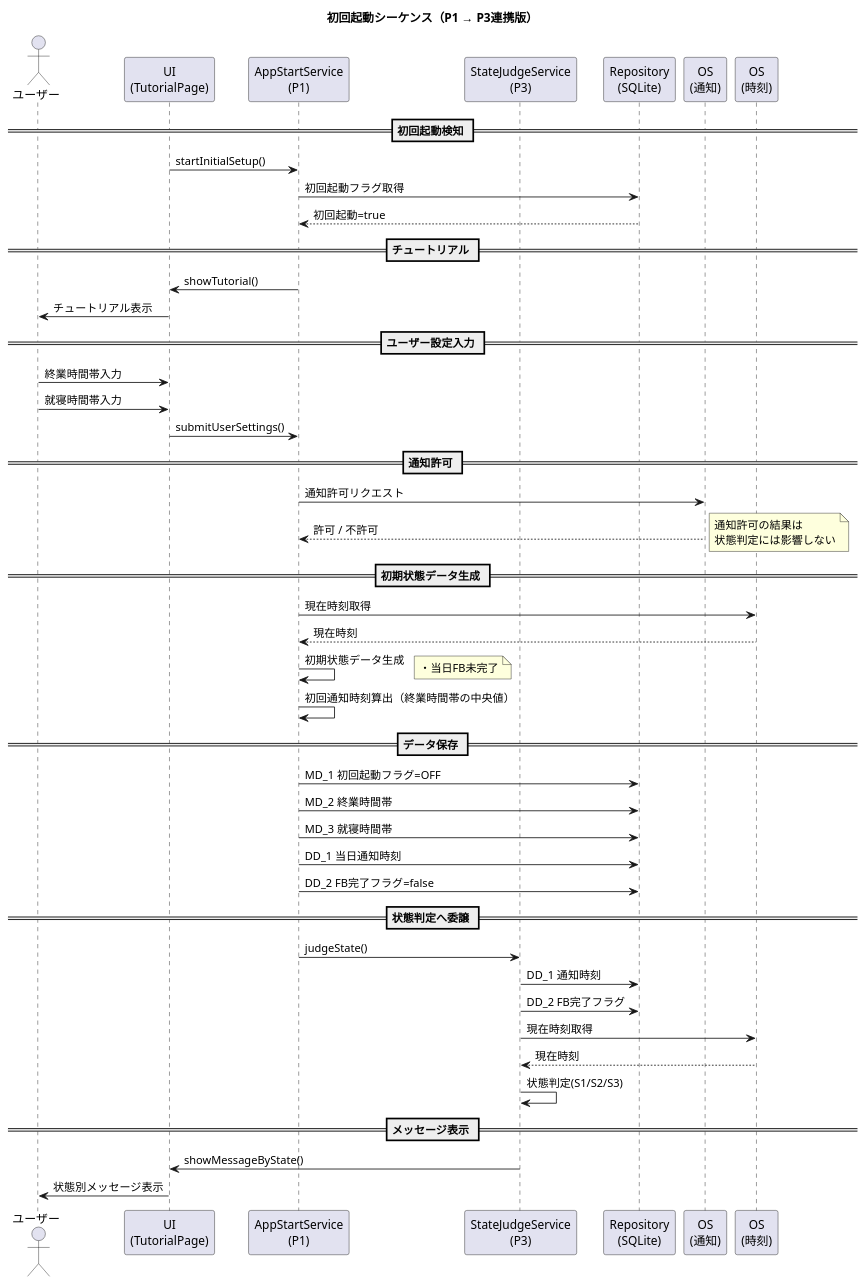
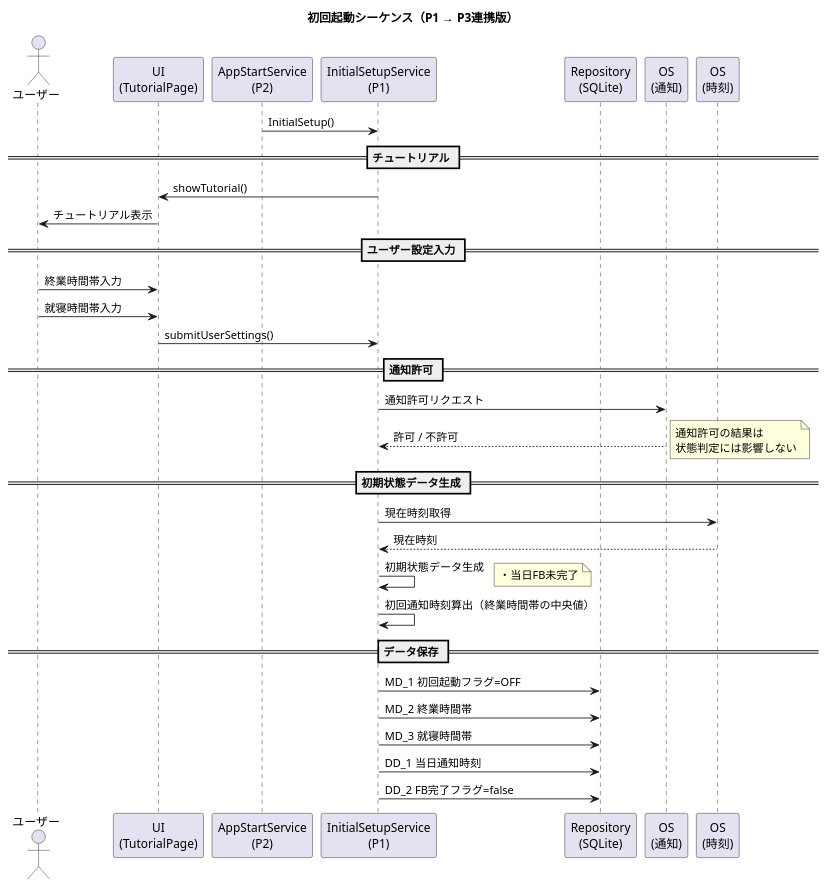
The diagram in assets/specifications/詳細設計/シーケンス図/02_初回起動シーケンス.pu (akamatrixxx/justtime), drawn with PlantUML before and after one commit. The commit also changed 4 other files, not shown here.

```diff
--- a/assets/specifications/詳細設計/シーケンス図/02_初回起動シーケンス.pu
+++ b/assets/specifications/詳細設計/シーケンス図/02_初回起動シーケンス.pu
@@ -1,68 +1,66 @@
 @startuml
 title 初回起動シーケンス（P1 → P3連携版）
 
 actor ユーザー
 participant "UI\n(TutorialPage)" as UI
-participant "AppStartService\n(P1)" as P1
-participant "StateJudgeService\n(P3)" as P3
+participant "AppStartService\n(P2)" as P2
+participant "InitialSetupService\n(P1)" as P1
+' participant "StateJudgeService\n(P3)" as P3
 participant "Repository\n(SQLite)" as DB
 participant "OS\n(通知)" as OS_Notify
 participant "OS\n(時刻)" as OS_Time
 
-== 初回起動検知 ==
-UI -> P1 : startInitialSetup()
 
-P1 -> DB : 初回起動フラグ取得
-DB --> P1 : 初回起動=true
+P2 -> P1 : InitialSetup()
 
 == チュートリアル ==
 P1 -> UI : showTutorial()
 UI -> ユーザー : チュートリアル表示
 
 == ユーザー設定入力 ==
 ユーザー -> UI : 終業時間帯入力
 ユーザー -> UI : 就寝時間帯入力
 UI -> P1 : submitUserSettings()
 
 == 通知許可 ==
 P1 -> OS_Notify : 通知許可リクエスト
 OS_Notify --> P1 : 許可 / 不許可
 
 note right
 通知許可の結果は
 状態判定には影響しない
 end note
 
 == 初期状態データ生成 ==
 P1 -> OS_Time : 現在時刻取得
 OS_Time --> P1 : 現在時刻
 
 P1 -> P1 : 初期状態データ生成
 note right
 ・当日FB未完了
 end note
 P1 -> P1 : 初回通知時刻算出（終業時間帯の中央値）
 
 
 == データ保存 ==
 P1 -> DB : MD_1 初回起動フラグ=OFF
 P1 -> DB : MD_2 終業時間帯
 P1 -> DB : MD_3 就寝時間帯
 P1 -> DB : DD_1 当日通知時刻
 P1 -> DB : DD_2 FB完了フラグ=false
 
-== 状態判定へ委譲 ==
-P1 -> P3 : judgeState()
+' == 状態判定へ委譲 ==
+' P1 -> P3 : judgeState()
 
-P3 -> DB : DD_1 通知時刻
-P3 -> DB : DD_2 FB完了フラグ
-P3 -> OS_Time : 現在時刻取得
-OS_Time --> P3 : 現在時刻
+' P3 -> DB : DD_1 通知時刻
+' P3 -> DB : DD_2 FB完了フラグ
+' P3 -> OS_Time : 現在時刻取得
+' OS_Time --> P3 : 現在時刻
 
-P3 -> P3 : 状態判定(S1/S2/S3)
+' P3 -> P3 : 状態判定(S1/S2/S3)
 
-== メッセージ表示 ==
-P3 -> UI : showMessageByState()
-UI -> ユーザー : 状態別メッセージ表示
+' == メッセージ表示 ==
+' P3 -> UI : showMessageByState()
+' UI -> ユーザー : 状態別メッセージ表示
 
 @enduml
```
